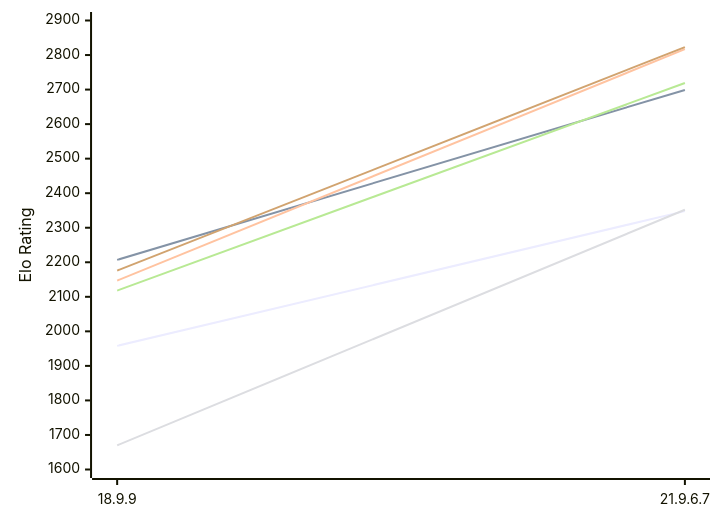
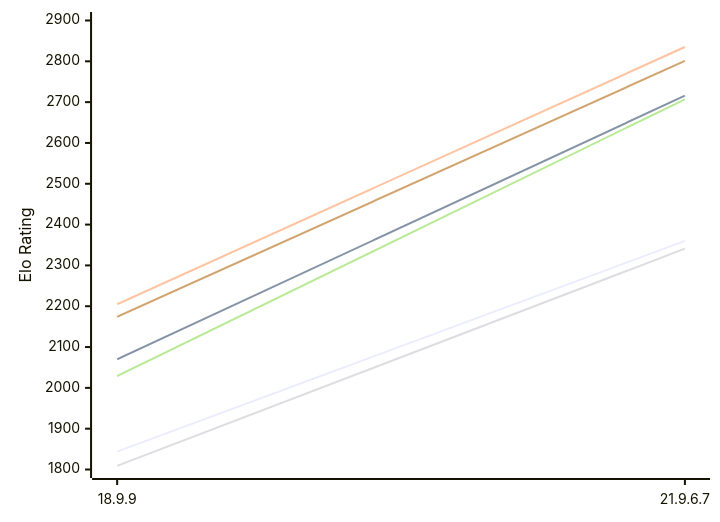
Before and after one commit to computer-chess-index/cci: the diagram in engines/RuthIron.md, drawn with Mermaid. The commit also changed other lines of this file, not shown here.

Commit message:
Update CCI Ratings (ELO VLTC) - 2026-11-14

````diff
--- a/engines/RuthIron.md
+++ b/engines/RuthIron.md
@@ -49,12 +49,12 @@
 ```mermaid
 %%{init: {"theme":"base","themeVariables":{"seriesColors:['#a3a3a3','#222221','#faa371']}}}%%
 xychart-beta
   x-axis ["18.9.9", "21.9.6.7"]
-  y-axis "Elo Rating" 1600 --> 2900
-  line "E1: STC (8.0+0.08s)" [1958, 2348]
-  line "E1: LTC (60.0+0.60s)" [2207, 2699]
-  line "E1: VLTC (2m24s+1.12s)" [2147, 2817]
-  line "P1: STC (8.0+0.08s)" [1670, 2352]
-  line "P1: LTC (60.0+0.60s)" [2118, 2719]
-  line "P1: VLTC (2m24s+1.12s)" [2176, 2823]
+  y-axis "Elo Rating" 1800 --> 2900
+  line "E1: STC (8.0+0.08s)" [1844, 2360]
+  line "E1: LTC (60.0+0.60s)" [2070, 2716]
+  line "E1: VLTC (2m24s+1.12s)" [2205, 2835]
+  line "P1: STC (8.0+0.08s)" [1809, 2341]
+  line "P1: LTC (60.0+0.60s)" [2029, 2707]
+  line "P1: VLTC (2m24s+1.12s)" [2174, 2801]
 ```
````
